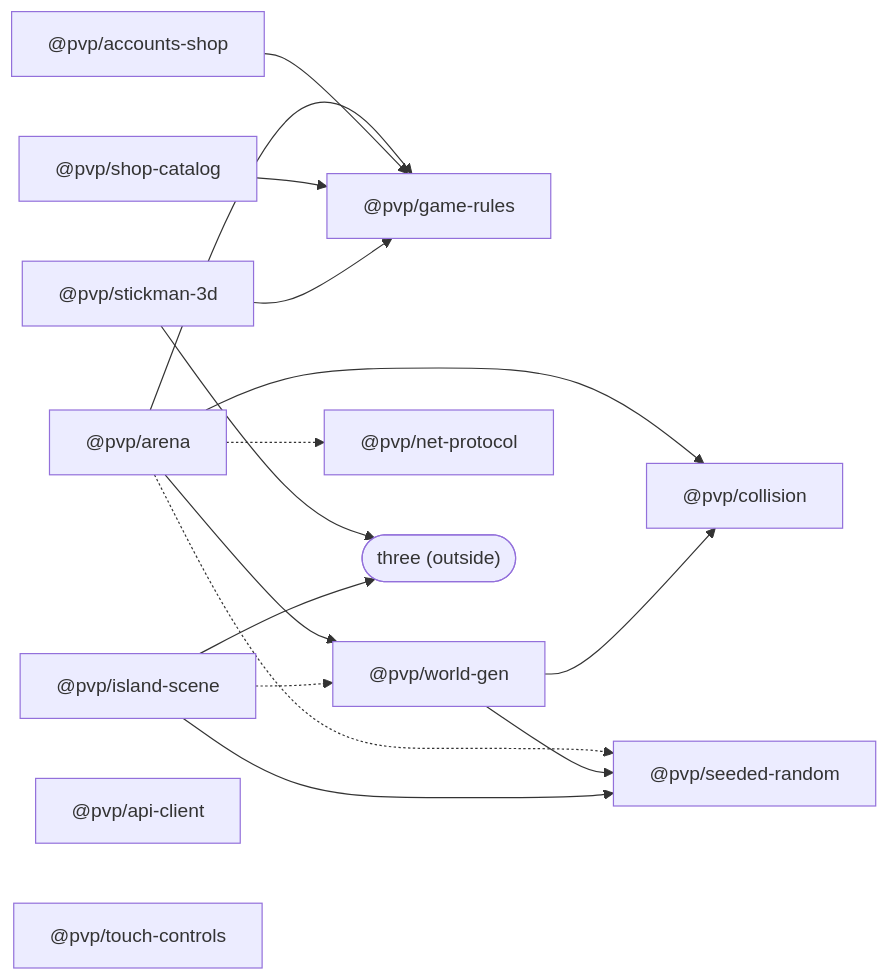
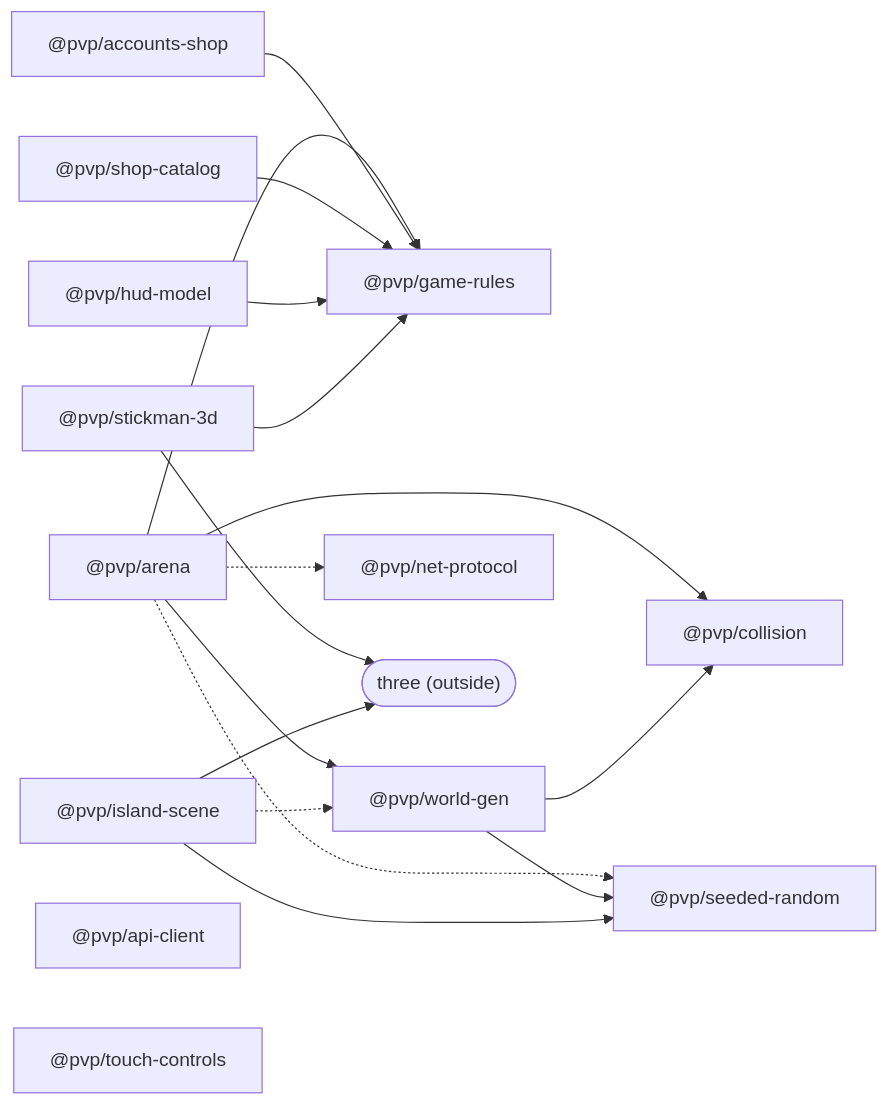
One commit to henriquemedeiros23-dev/pvp changed the diagram in CATALOG.md. Above: the diagram before and after it, drawn with Mermaid. The commit also changed other lines of this file and 11 other files, not shown here.

First line of the commit message:
HUD with 5 slots and durability bars (new @pvp/hud-model), menu stickman beside the buttons, join timeout and fresh menu after leaving (#22, #16, #18)

````diff
--- a/CATALOG.md
+++ b/CATALOG.md
@@ -15,19 +15,20 @@
 ```mermaid
 graph LR
   arena["@pvp/arena"] --> collision["@pvp/collision"]
   arena --> rules["@pvp/game-rules"]
   arena --> worldgen["@pvp/world-gen"]
   arena -.-> random["@pvp/seeded-random"]
   arena -.-> protocol["@pvp/net-protocol"]
   worldgen --> collision
   worldgen --> random
   accounts["@pvp/accounts-shop"] --> rules
   shop["@pvp/shop-catalog"] --> rules
+  hud["@pvp/hud-model"] --> rules
   stickman["@pvp/stickman-3d"] --> rules
   stickman --> three(["three (outside)"])
   scene["@pvp/island-scene"] --> random
   scene --> three
   scene -.-> worldgen
   api["@pvp/api-client"]
   controls["@pvp/touch-controls"]
 ```
````
